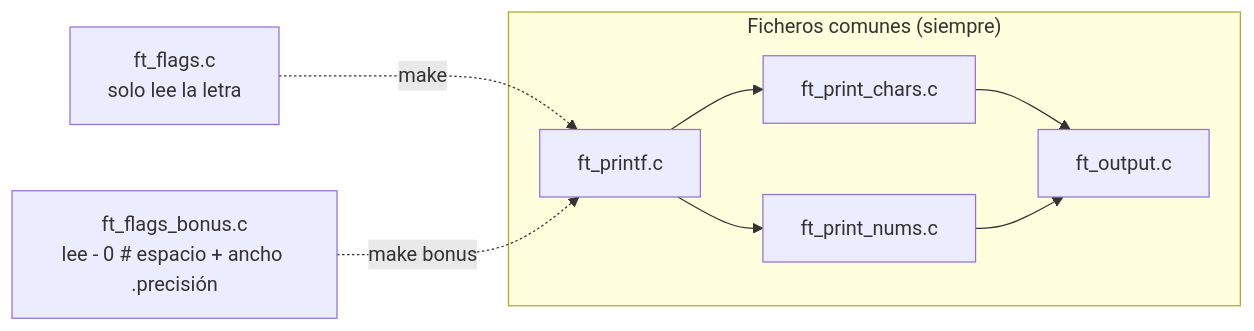
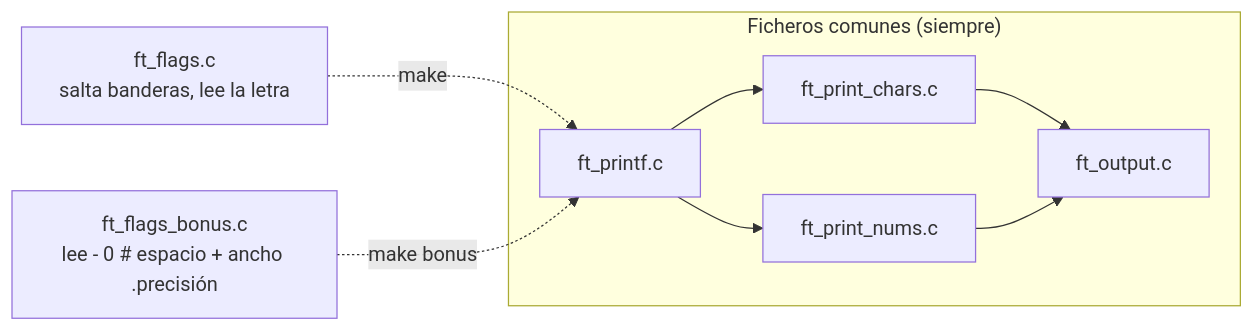
One commit to FelixRodriguezG/rclone-oauth changed the diagram in notas/content/Barcelona42/Cursus/Rank 1/ft_printf/ft_printf - Guía paso a paso.md. Above: the diagram before and after it, drawn with Mermaid. The commit also changed other lines of this file and 2 other files, not shown here.

````diff
--- a/notas/content/Barcelona42/Cursus/Rank 1/ft_printf/ft_printf - Guía paso a paso.md
+++ b/notas/content/Barcelona42/Cursus/Rank 1/ft_printf/ft_printf - Guía paso a paso.md
@@ -182,11 +182,11 @@
 ```mermaid
 flowchart LR
     subgraph comunes["Ficheros comunes (siempre)"]
         A[ft_printf.c] --> B[ft_print_chars.c]
         A --> C[ft_print_nums.c]
         B --> D[ft_output.c]
         C --> D
     end
-    M[ft_flags.c<br>solo lee la letra] -. make .-> A
+    M[ft_flags.c<br>salta banderas, lee la letra] -. make .-> A
     X[ft_flags_bonus.c<br>lee - 0 # espacio + ancho .precisión] -. make bonus .-> A
 ```
````
